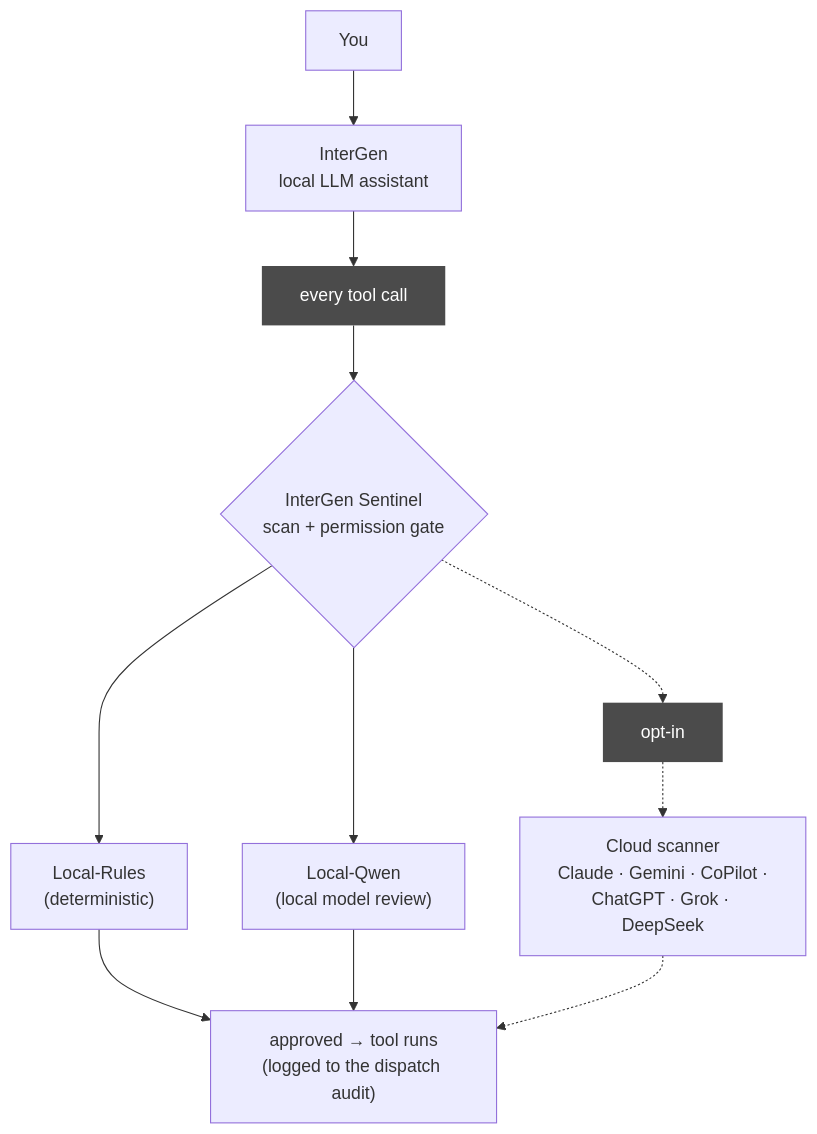
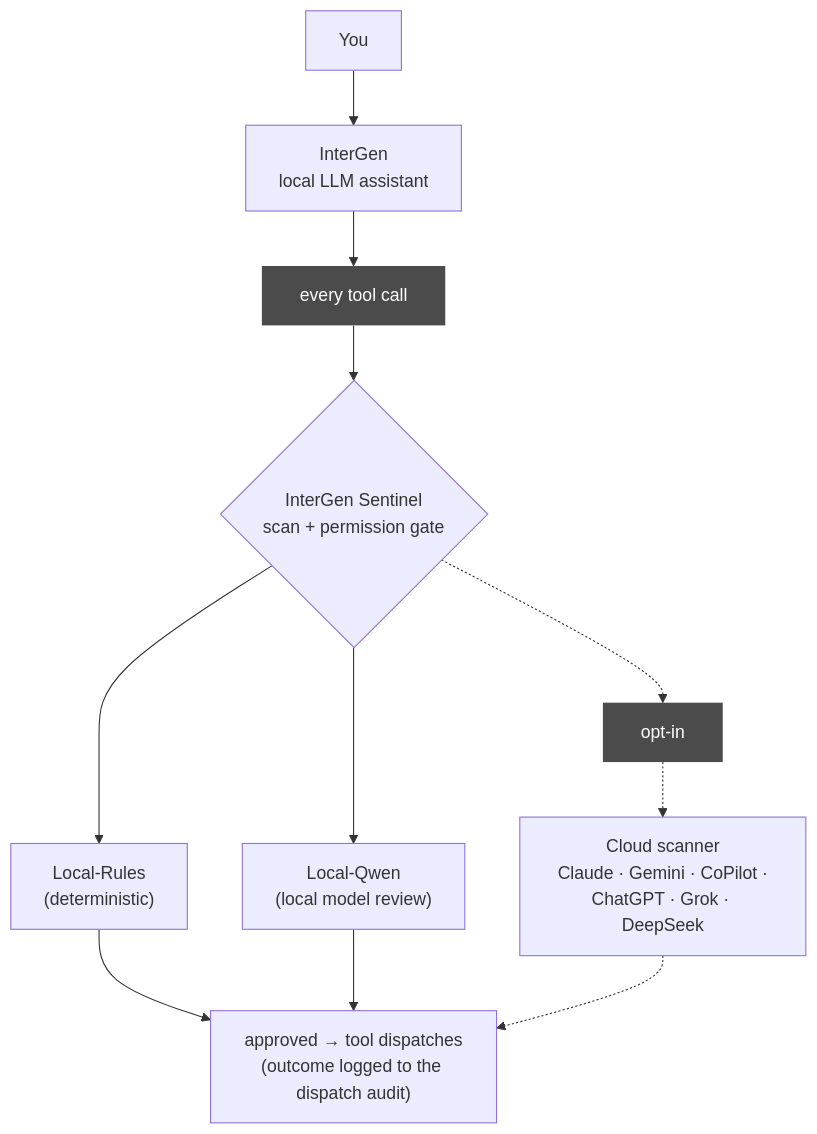
Before and after one commit to InterGenJLU/intergenos: the second of 3 diagrams in README.md, drawn with Mermaid. The commit also changed other lines of this file and 7 other files, not shown here.

````diff
--- a/README.md
+++ b/README.md
@@ -94,13 +106,13 @@
 ```mermaid
 flowchart TD
     U["You"] --> IG["InterGen<br/>local LLM assistant"]
     IG --> T1["&nbsp;every tool call&nbsp;"] --> SEN{"InterGen Sentinel<br/>scan + permission gate"}
     SEN --> LR["Local-Rules<br/>(deterministic)"]
     SEN --> LQ["Local-Qwen<br/>(local model review)"]
     SEN -.-> T2["&nbsp;opt-in&nbsp;"] -.-> CL["Cloud scanner<br/>Claude · Gemini · CoPilot ·<br/>ChatGPT · Grok · DeepSeek"]
-    LR --> RUN["approved → tool runs<br/>(logged to the dispatch audit)"]
+    LR --> RUN["approved → tool dispatches<br/>(outcome logged to the dispatch audit)"]
     LQ --> RUN
     CL -.-> RUN
     classDef lab fill:#4b4b4b,color:#ffffff,stroke:none;
     class T1,T2 lab;
 ```
````
